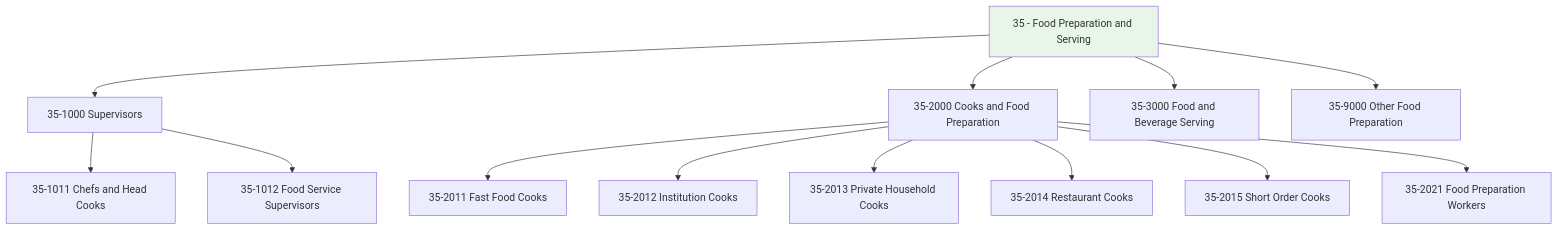
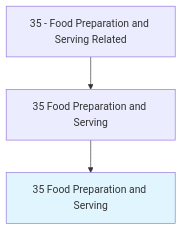
One commit to kziemski/business.org.ai changed the first of 4 diagrams in occupations/FoodService/index.mdx. Above: the diagram before and after it, drawn with Mermaid. The commit also changed other lines of this file and 938 other files, not shown here.

````diff
--- a/occupations/FoodService/index.mdx
+++ b/occupations/FoodService/index.mdx
@@ -19,19 +23,6 @@
 ```mermaid
 graph TD
-    Cat35["35 - Food Preparation and Serving"] --> Group351["35-1000 Supervisors"]
-    Cat35 --> Group352["35-2000 Cooks and Food Preparation"]
-    Cat35 --> Group353["35-3000 Food and Beverage Serving"]
-    Cat35 --> Group359["35-9000 Other Food Preparation"]
-
-    Group351 --> Chefs["35-1011 Chefs and Head Cooks"]
-    Group351 --> FoodSup["35-1012 Food Service Supervisors"]
-
-    Group352 --> FastFood["35-2011 Fast Food Cooks"]
-    Group352 --> Institution["35-2012 Institution Cooks"]
-    Group352 --> Private["35-2013 Private Household Cooks"]
-    Group352 --> Restaurant["35-2014 Restaurant Cooks"]
-    Group352 --> ShortOrder["35-2015 Short Order Cooks"]
-    Group352 --> FoodPrep["35-2021 Food Preparation Workers"]
-
-    style Cat35 fill:#e8f5e9
+    Cat35["35 - Food Preparation and Serving Related"] --> Group35["35 Food Preparation and Serving"]
+    Group35 --> Current["35 Food Preparation and Serving"]
+    style Current fill:#e1f5fe
 ```
````
